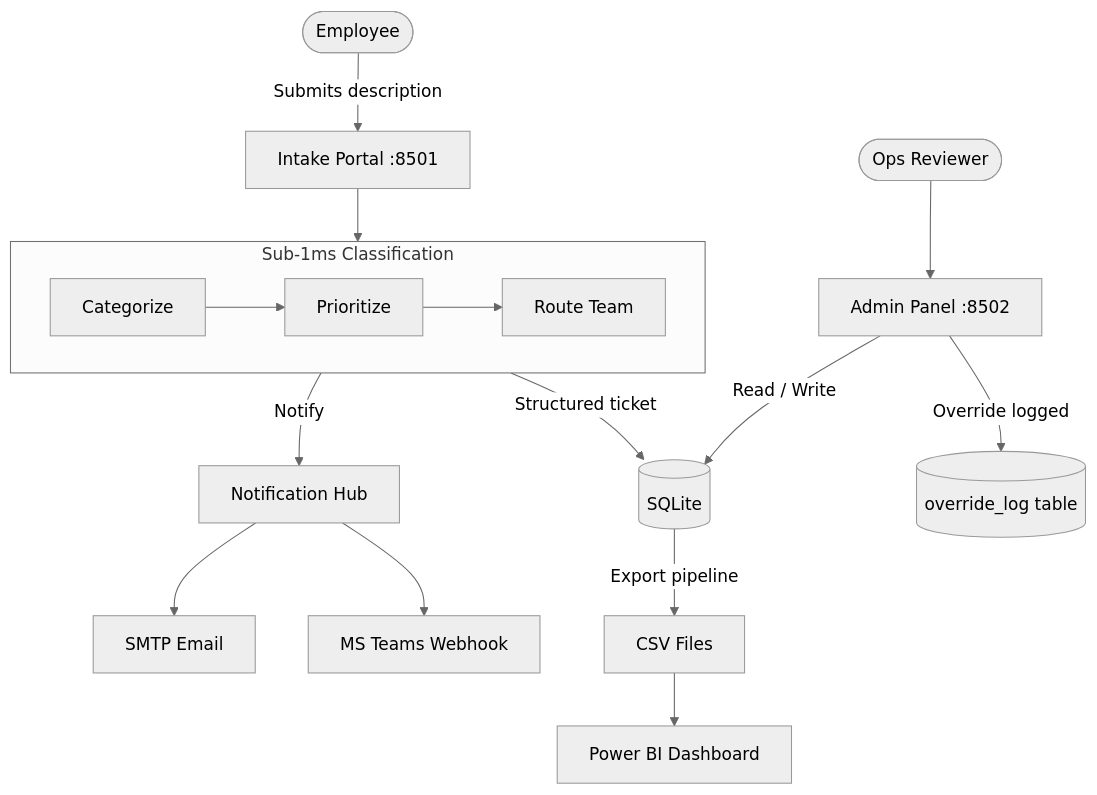
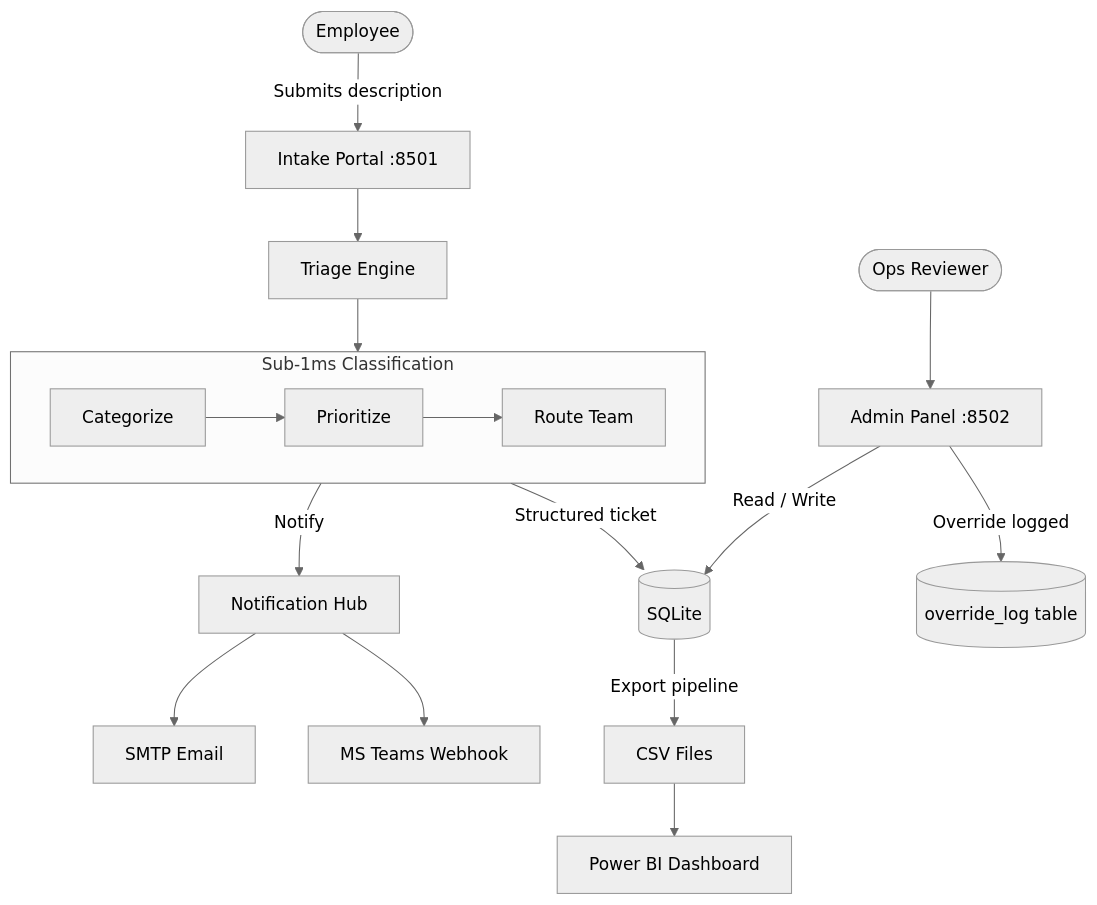
The diagram in README.md (Vaibhavsahkk/smart-ops-triage), drawn with Mermaid (neutral theme) before and after one commit.

Commit message:
fix: resolve mermaid subgraph/node name collision in Architecture diagram

````diff
--- a/README.md
+++ b/README.md
@@ -168,22 +168,23 @@
 ```mermaid
 flowchart TD
     User([Employee]) -->|Submits description| Portal[Intake Portal :8501]
     Portal --> Engine[Triage Engine]
 
-    subgraph Engine [Sub-1ms Classification]
+    subgraph TriageCore [Sub-1ms Classification]
         direction LR
         A[Categorize] --> B[Prioritize] --> C[Route Team]
     end
 
-    Engine -->|Structured ticket| DB[(SQLite)]
-    Engine -->|Notify| Hub[Notification Hub]
+    Engine --> TriageCore
+    TriageCore -->|Structured ticket| DB[(SQLite)]
+    TriageCore -->|Notify| Hub[Notification Hub]
     Hub --> Email[SMTP Email]
     Hub --> Teams[MS Teams Webhook]
 
     Admin([Ops Reviewer]) --> Panel[Admin Panel :8502]
     Panel -->|Read / Write| DB
     Panel -->|Override logged| Log[(override_log table)]
 
     DB -->|Export pipeline| CSVs[CSV Files]
     CSVs --> PowerBI[Power BI Dashboard]
 ```
````
